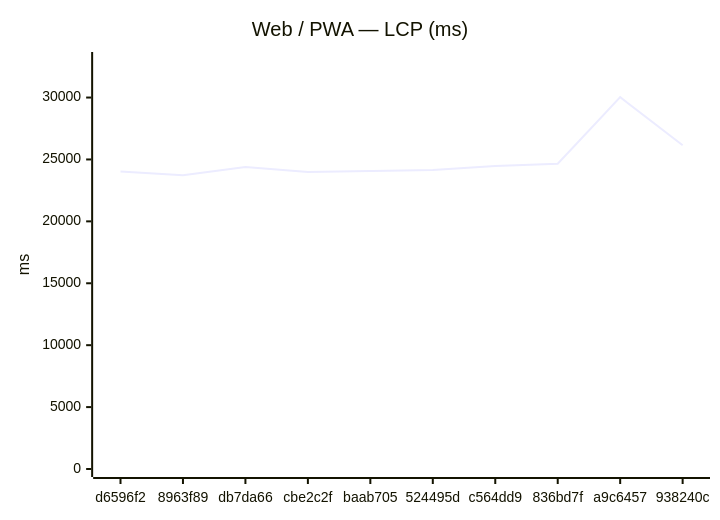
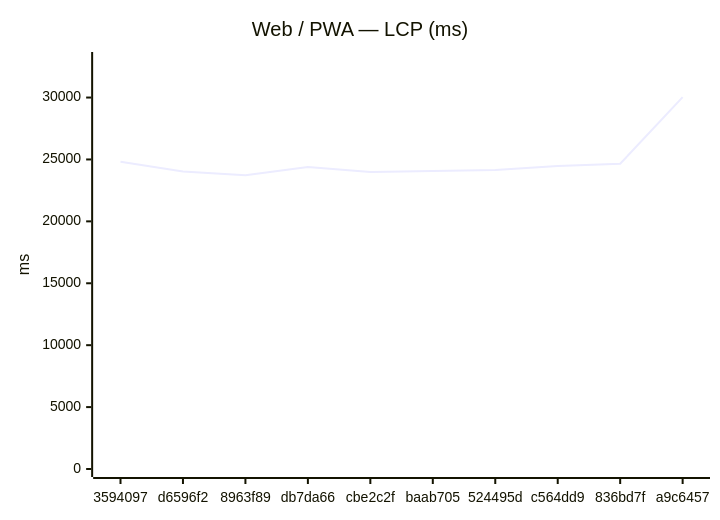
One commit to Metaheurist/Rianell changed the first of 12 diagrams in benchmarks/compare.md. Above: the diagram before and after it, drawn with Mermaid. The commit also changed other lines of this file and 8 other files, not shown here.

````diff
--- a/benchmarks/compare.md
+++ b/benchmarks/compare.md
@@ -24,7 +24,7 @@
 ```mermaid
 xychart-beta
     title "Web / PWA — LCP (ms)"
-    x-axis ["d6596f2", "8963f89", "db7da66", "cbe2c2f", "baab705", "524495d", "c564dd9", "836bd7f", "a9c6457", "938240c"]
+    x-axis ["3594097", "d6596f2", "8963f89", "db7da66", "cbe2c2f", "baab705", "524495d", "c564dd9", "836bd7f", "a9c6457"]
     y-axis "ms" 0 --> 33032
-    line [24030, 23715, 24380, 23980, 24058, 24158, 24475, 24652, 30029, 26143]
+    line [24820, 24030, 23715, 24380, 23980, 24058, 24158, 24475, 24652, 30029]
 ```
````
